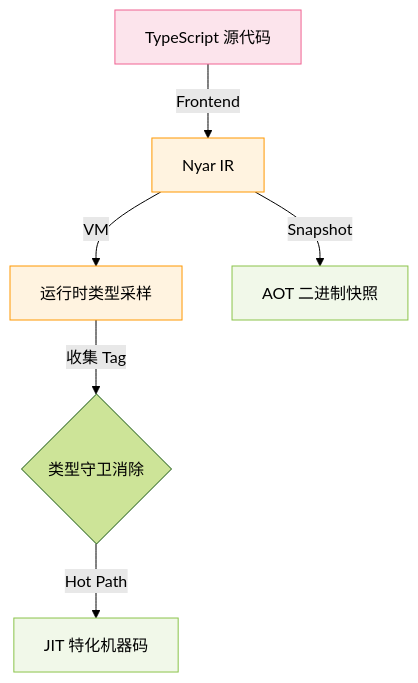
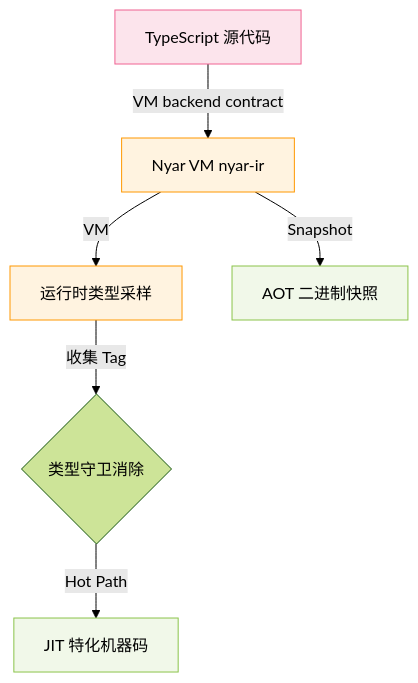
The third of 6 diagrams in readme.md (nyar-vm/nyar-vm), drawn with Mermaid (forest theme) before and after one commit. The commit also changed other lines of this file and 26 other files, not shown here.

````diff
--- a/readme.md
+++ b/readme.md
@@ -84,12 +83,12 @@
 ```mermaid
 graph TD
     classDef source fill:#fce4ec,stroke:#f06292;
     classDef process fill:#fff3e0,stroke:#ff9800;
     classDef hot fill:#f1f8e9,stroke:#8bc34a;
 
-    TS_Src["TypeScript 源代码"]:::source -->|Frontend| IR["Nyar IR"]:::process
+    TS_Src["TypeScript 源代码"]:::source -->|VM backend contract| IR["Nyar VM nyar-ir"]:::process
     IR -->|VM| Profile["运行时类型采样"]:::process
     Profile -->|收集 Tag| Guard{"类型守卫消除"}
     Guard -->|Hot Path| JIT["JIT 特化机器码"]:::hot
     IR -->|Snapshot| AOT_Snap["AOT 二进制快照"]:::hot
 ```
````
